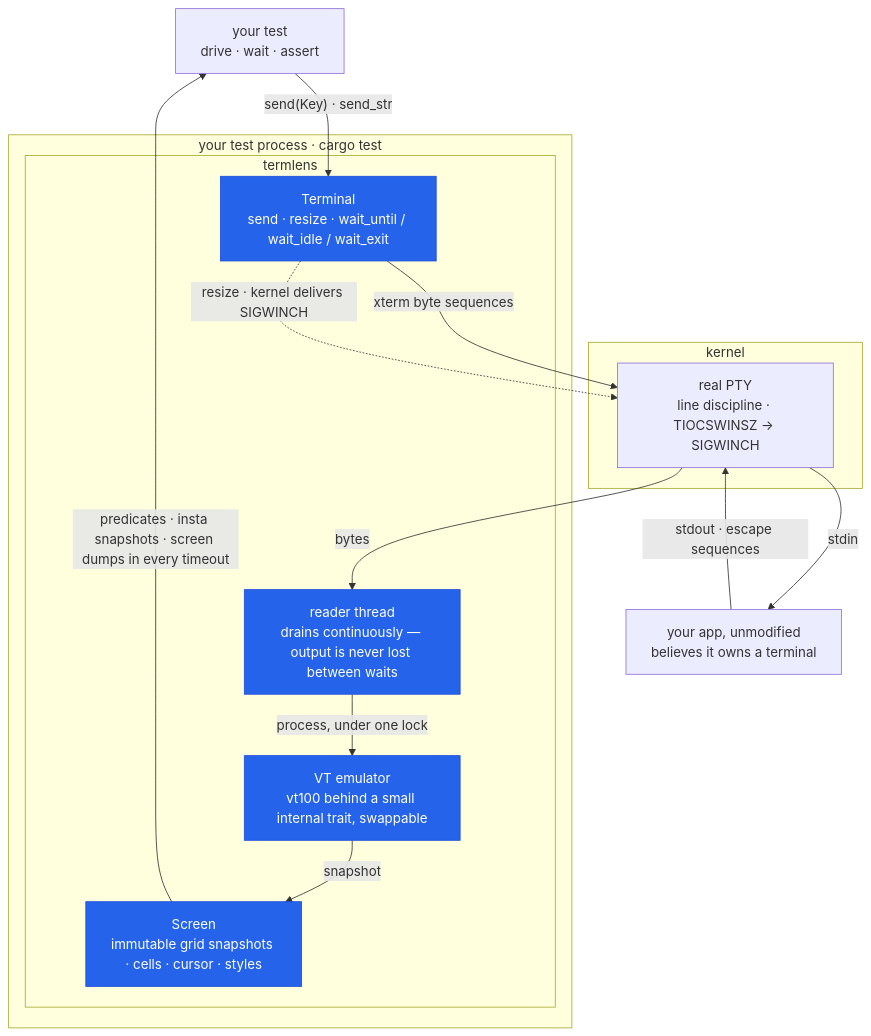
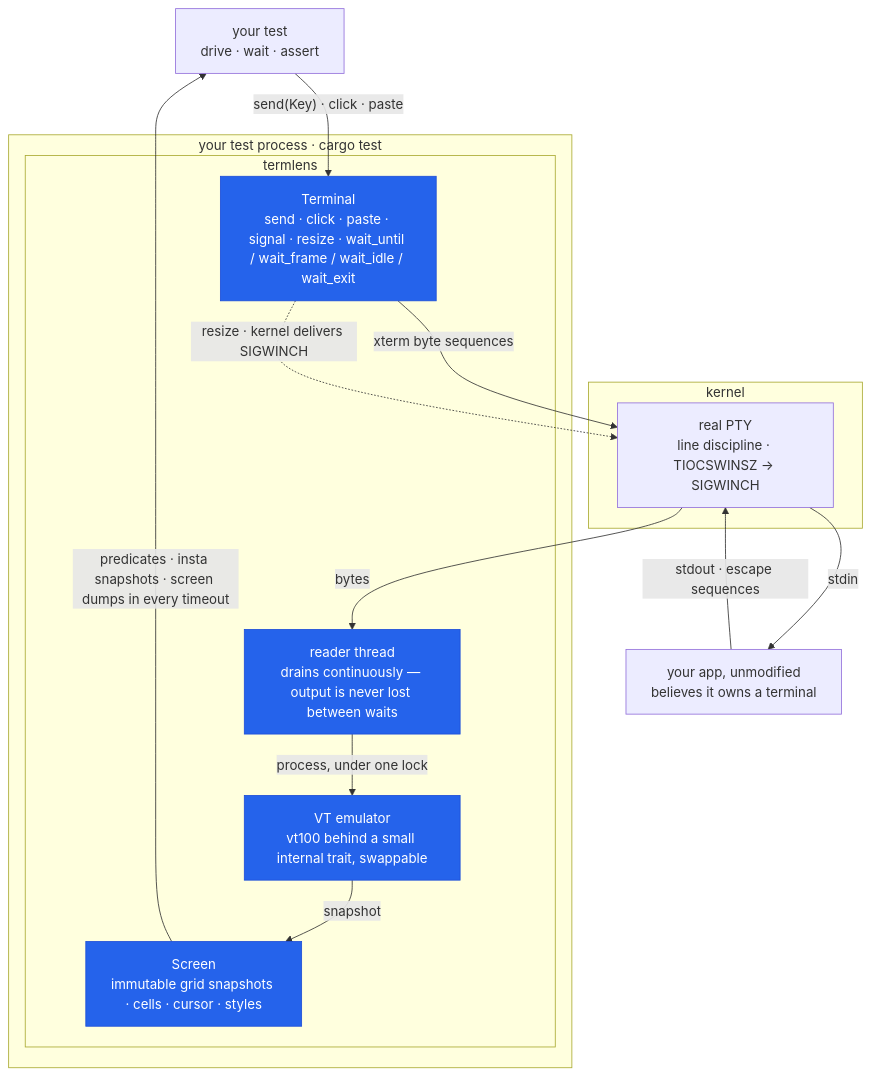
Before and after one commit to cestercian/termlens: the diagram in README.md, drawn with Mermaid. The commit also changed other lines of this file and 6 other files, not shown here.

````diff
--- a/README.md
+++ b/README.md
@@ -59,28 +59,28 @@
 ```mermaid
 flowchart TB
   test["your test<br/>drive · wait · assert"]
   subgraph proc["your test process · cargo test"]
     subgraph tt["termlens"]
-      api["Terminal<br/>send · resize · wait_until / wait_idle / wait_exit"]
+      api["Terminal<br/>send · click · paste · signal · resize · wait_until / wait_frame / wait_idle / wait_exit"]
       reader["reader thread<br/>drains continuously — output is never lost between waits"]
       emu["VT emulator<br/>vt100 behind a small internal trait, swappable"]
       screen["Screen<br/>immutable grid snapshots · cells · cursor · styles"]
     end
   end
   subgraph kernel["kernel"]
     PTY["real PTY<br/>line discipline · TIOCSWINSZ → SIGWINCH"]
   end
   app["your app, unmodified<br/>believes it owns a terminal"]
 
-  test -->|"send(Key) · send_str"| api
+  test -->|"send(Key) · click · paste"| api
   api -->|"xterm byte sequences"| PTY
   api -.->|"resize · kernel delivers SIGWINCH"| PTY
   PTY -->|stdin| app
   app -->|"stdout · escape sequences"| PTY
   PTY -->|bytes| reader
   reader -->|"process, under one lock"| emu
   emu -->|"snapshot"| screen
   screen -->|"predicates · insta snapshots · screen dumps in every timeout"| test
   classDef ours fill:#2563eb,color:#ffffff,stroke:#1d4ed8,stroke-width:1px;
   class api,reader,emu,screen ours
 ```
````
